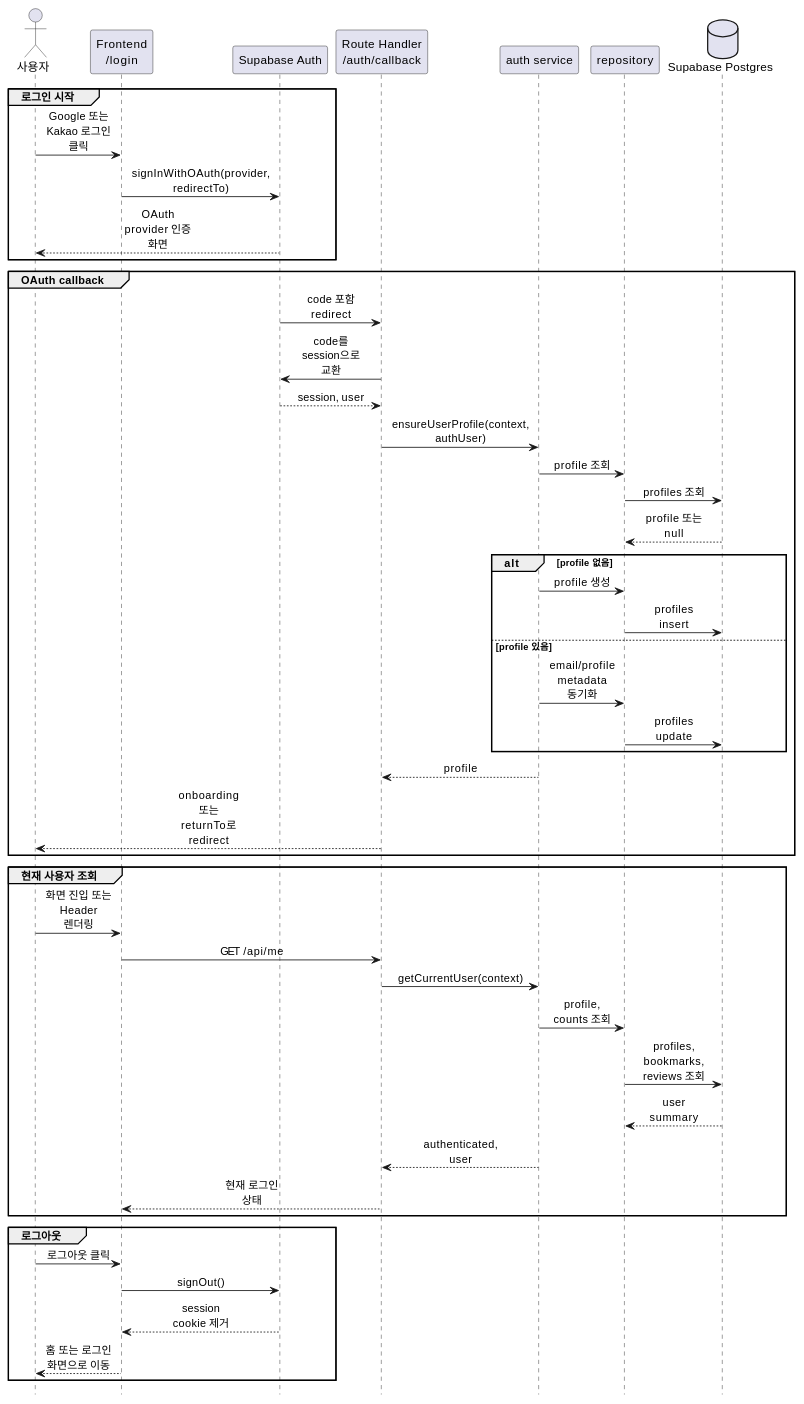
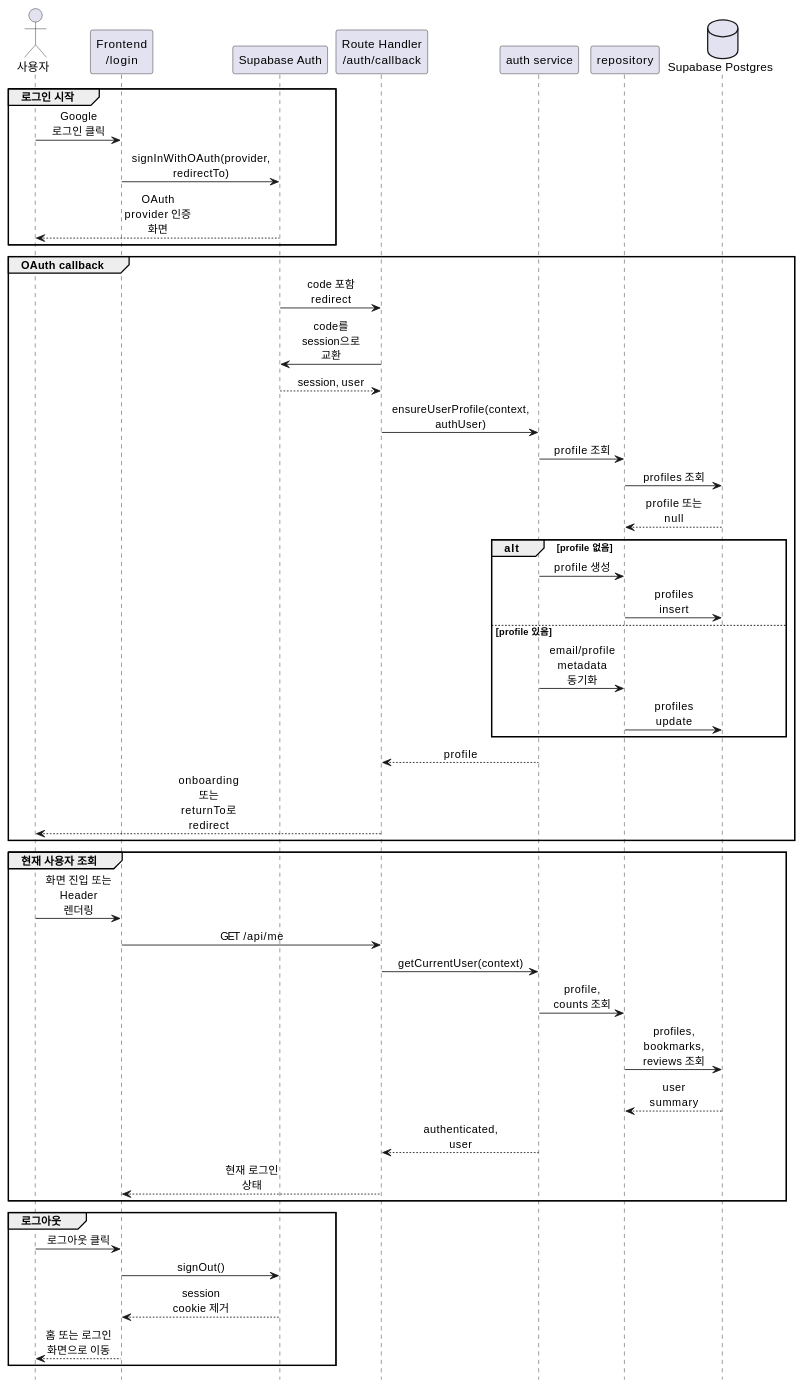
One commit to skkuse/2026spring_41class_team2 changed the diagram in docs/implementation-plan/1.auth-session-implementation-plan.md. Above: the diagram before and after it, drawn with PlantUML. The commit also changed other lines of this file and 6 other files, not shown here.

````diff
--- a/docs/implementation-plan/1.auth-session-implementation-plan.md
+++ b/docs/implementation-plan/1.auth-session-implementation-plan.md
@@ -46,58 +46,58 @@
 ```plantuml
 @startuml
 hide footbox
 skinparam sequenceMessageAlign center
 skinparam maxMessageSize 80
 
 actor "사용자" as User
 participant "Frontend\n/login" as Login
 participant "Supabase Auth" as Auth
 participant "Route Handler\n/auth/callback" as Callback
 participant "auth service" as Service
 participant "repository" as Repo
 database "Supabase Postgres" as DB
 
 group 로그인 시작
-  User -> Login: Google 또는 Kakao 로그인 클릭
+  User -> Login: Google 로그인 클릭
   Login -> Auth: signInWithOAuth(provider, redirectTo)
   Auth --> User: OAuth provider 인증 화면
 end
 
 group OAuth callback
   Auth -> Callback: code 포함 redirect
   Callback -> Auth: code를 session으로 교환
   Auth --> Callback: session, user
   Callback -> Service: ensureUserProfile(context, authUser)
   Service -> Repo: profile 조회
   Repo -> DB: profiles 조회
   DB --> Repo: profile 또는 null
   alt profile 없음
     Service -> Repo: profile 생성
     Repo -> DB: profiles insert
   else profile 있음
     Service -> Repo: email/profile metadata 동기화
     Repo -> DB: profiles update
   end
   Service --> Callback: profile
   Callback --> User: onboarding 또는 returnTo로 redirect
 end
 
 group 현재 사용자 조회
   User -> Login: 화면 진입 또는 Header 렌더링
   Login -> Callback: GET /api/me
   Callback -> Service: getCurrentUser(context)
   Service -> Repo: profile, counts 조회
   Repo -> DB: profiles, bookmarks, reviews 조회
   DB --> Repo: user summary
   Service --> Callback: authenticated, user
   Callback --> Login: 현재 로그인 상태
 end
 
 group 로그아웃
   User -> Login: 로그아웃 클릭
   Login -> Auth: signOut()
   Auth --> Login: session cookie 제거
   Login --> User: 홈 또는 로그인 화면으로 이동
 end
 @enduml
 ```
````
